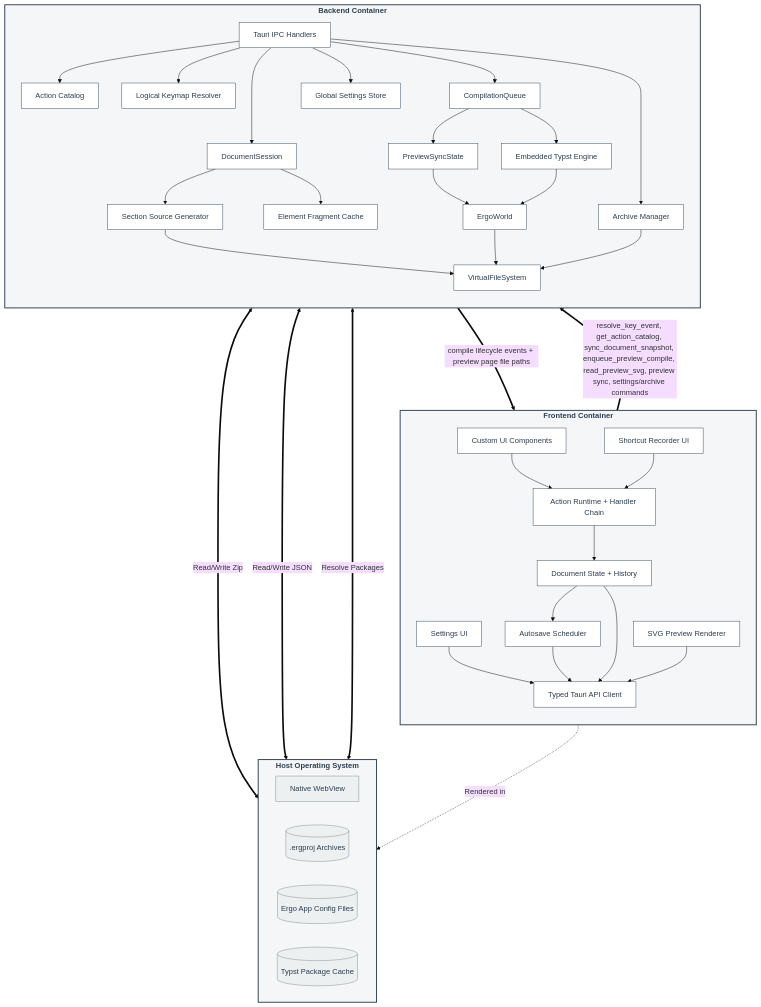
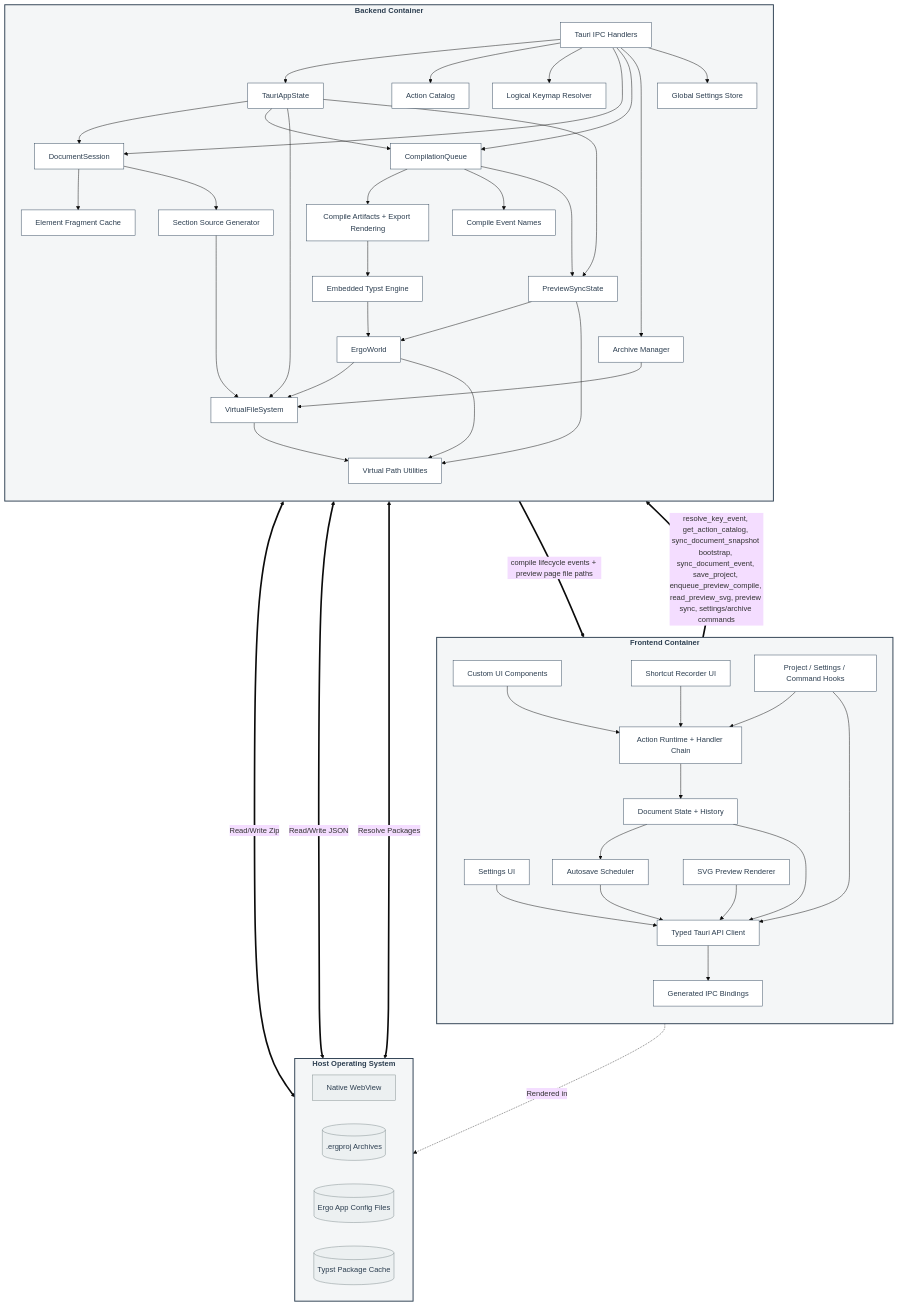
Before and after one commit to andmoreduro/ergo: the diagram in context/component-diagram.md, drawn with Mermaid (base theme). The commit also changed other lines of this file and 4 other files, not shown here.

First line of the commit message:
docs: update context diagrams for decoupled architecture

```diff
--- a/context/component-diagram.md
+++ b/context/component-diagram.md
@@ -35,27 +35,36 @@
         DocState["Document State + History"]:::comp
         SettingsUI["Settings UI"]:::comp
         Autosave["Autosave Scheduler"]:::comp
+        LifecycleHooks["Project / Settings / Command Hooks"]:::comp
         Preview["SVG Preview Renderer"]:::comp
         TauriClient["Typed Tauri API Client"]:::comp
+        Bindings["Generated IPC Bindings"]:::comp
 
         UI --> Commands
         Keymap --> Commands
         Commands --> DocState
+        LifecycleHooks --> Commands
+        LifecycleHooks --> TauriClient
         SettingsUI --> TauriClient
         Autosave --> TauriClient
         DocState --> Autosave
         DocState --> TauriClient
         Preview --> TauriClient
+        TauriClient --> Bindings
     end
 
     subgraph Backend ["Backend Container"]
         direction TB
         Handlers["Tauri IPC Handlers"]:::comp
+        AppState["TauriAppState"]:::comp
         Session["DocumentSession"]:::comp
         FragmentCache["Element Fragment Cache"]:::comp
         SourceGen["Section Source Generator"]:::comp
         VFS["VirtualFileSystem"]:::comp
         Queue["CompilationQueue"]:::comp
+        CompileArtifacts["Compile Artifacts + Export Rendering"]:::comp
+        CompileEvents["Compile Event Names"]:::comp
+        PathUtils["Virtual Path Utilities"]:::comp
         PreviewSync["PreviewSyncState"]:::comp
         World["ErgoWorld"]:::comp
         Compiler["Embedded Typst Engine"]:::comp
@@ -64,6 +73,11 @@
         ActionCatalog["Action Catalog"]:::comp
         KeyResolver["Logical Keymap Resolver"]:::comp
 
+        Handlers --> AppState
+        AppState --> Session
+        AppState --> Queue
+        AppState --> VFS
+        AppState --> PreviewSync
         Handlers --> ActionCatalog
         Handlers --> KeyResolver
         Handlers --> Session
@@ -73,11 +87,16 @@
         Session --> FragmentCache
         Session --> SourceGen
         SourceGen --> VFS
-        Queue --> Compiler
+        Queue --> CompileArtifacts
+        Queue --> CompileEvents
+        CompileArtifacts --> Compiler
         Queue --> PreviewSync
         PreviewSync --> World
         Compiler --> World
         World --> VFS
+        VFS --> PathUtils
+        World --> PathUtils
+        PreviewSync --> PathUtils
         Archive --> VFS
     end
 
@@ -90,7 +109,7 @@
     end
 
     Frontend -. "Rendered in" .-> WebView
-    TauriClient == "resolve_key_event, get_action_catalog, sync_document_snapshot, enqueue_preview_compile, read_preview_svg, preview sync, settings/archive commands" ==> Handlers
+    TauriClient == "resolve_key_event, get_action_catalog, sync_document_snapshot bootstrap, sync_document_event, save_project, enqueue_preview_compile, read_preview_svg, preview sync, settings/archive commands" ==> Handlers
     Handlers == "compile lifecycle events + preview page file paths" ==> TauriClient
     Archive <== "Read/Write Zip" ==> ProjectFiles
     SettingsStore <== "Read/Write JSON" ==> SettingsFile
```
